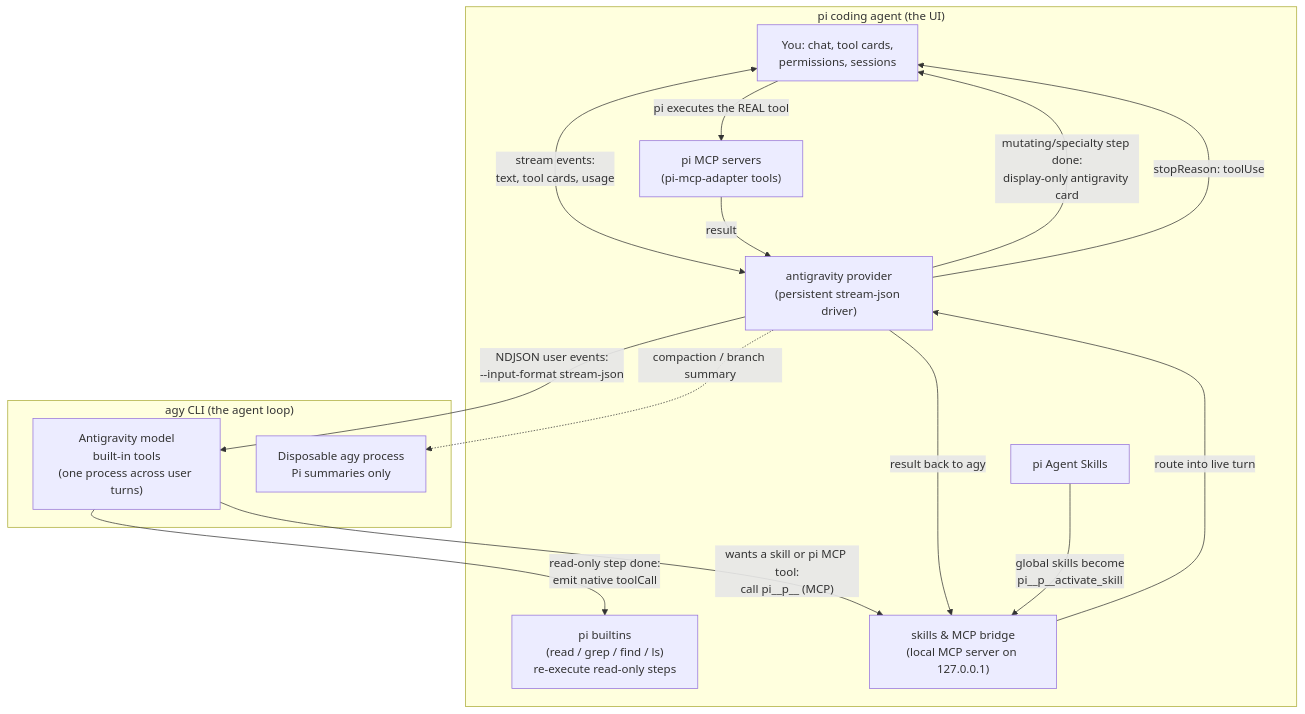
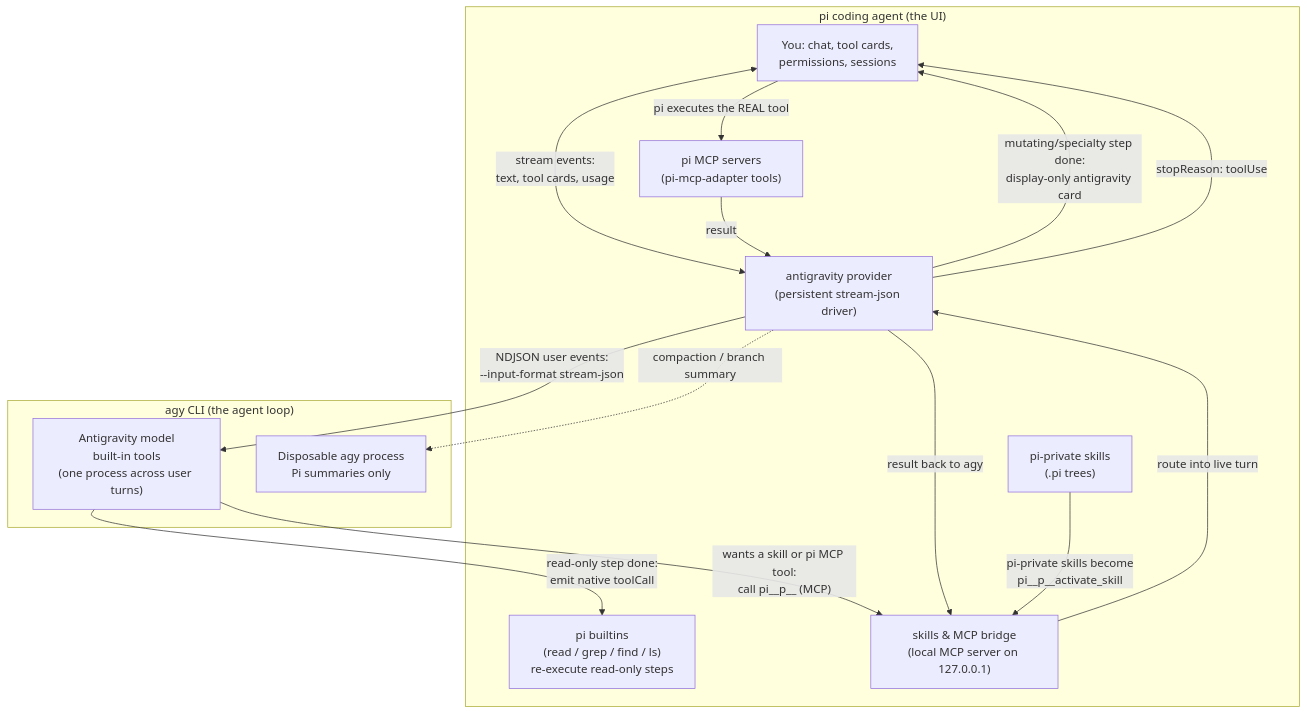
One commit to TianZuo555/pi-extensions changed the diagram in packages/pi-antigravity/README.md. Above: the diagram before and after it, drawn with Mermaid. The commit also changed other lines of this file and 51 other files, not shown here.

````diff
--- a/packages/pi-antigravity/README.md
+++ b/packages/pi-antigravity/README.md
@@ -99,29 +101,29 @@
 ```mermaid
 flowchart TB
     subgraph pi["pi coding agent (the UI)"]
         UI["You: chat, tool cards,\npermissions, sessions"]
         Prov["antigravity provider\n(persistent stream-json driver)"]
         Native["pi builtins\n(read / grep / find / ls)\nre-execute read-only steps"]
         Bridge["skills & MCP bridge\n(local MCP server on 127.0.0.1)"]
-        Skills["pi Agent Skills"]
+        Skills["pi-private skills\n(.pi trees)"]
         Mcp["pi MCP servers\n(pi-mcp-adapter tools)"]
     end
 
     subgraph agy["agy CLI (the agent loop)"]
         Agent["Antigravity model\nbuilt-in tools\n(one process across user turns)"]
         Summary["Disposable agy process\nPi summaries only"]
     end
 
     UI <-- "stream events:\ntext, tool cards, usage" --> Prov
     Prov -- "NDJSON user events:\n--input-format stream-json" --> Agent
     Prov -. "compaction / branch summary" .-> Summary
     Agent -- "read-only step done:\nemit native toolCall" --> Native
     Prov -- "mutating/specialty step done:\ndisplay-only antigravity card" --> UI
     Agent -- "wants a skill or pi MCP tool:\ncall pi__p<pid>__<name> (MCP)" --> Bridge
     Bridge -- "route into live turn" --> Prov
     Prov -- "stopReason: toolUse" --> UI
     UI -- "pi executes the REAL tool" --> Mcp
     Mcp -- "result" --> Prov
     Prov -- "result back to agy" --> Bridge
-    Skills -- "global skills become\npi__p<pid>__activate_skill" --> Bridge
+    Skills -- "pi-private skills become\npi__p<pid>__activate_skill" --> Bridge
 ```
````
